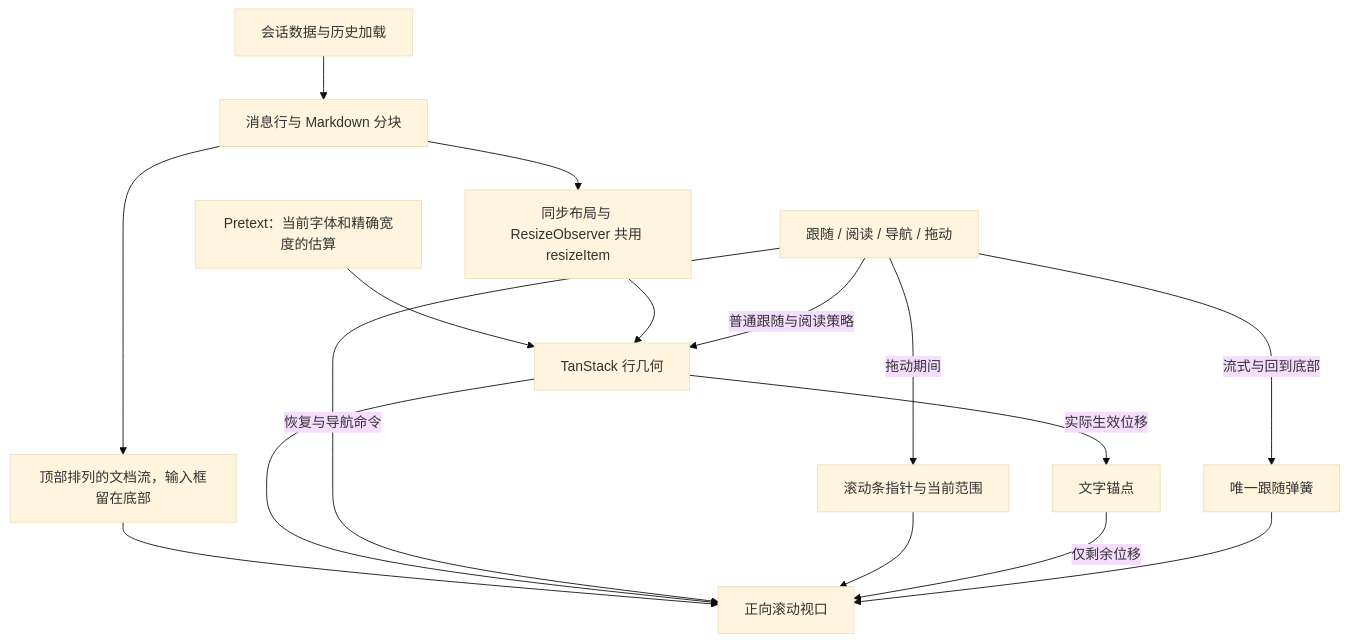
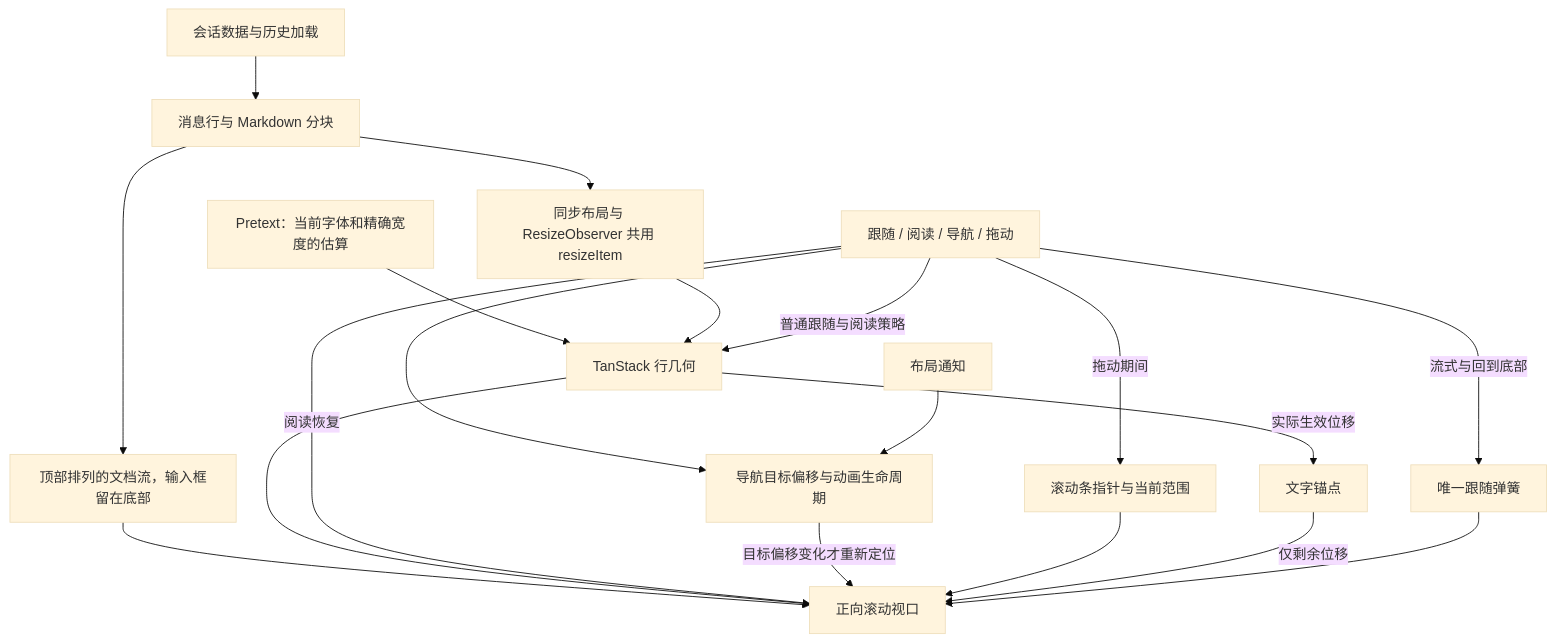
Before and after one commit to wecode-ai/Wegent: the diagram in docs/zh/wegent/developer-guide/wework-message-scroll.md, drawn with Mermaid (base theme). The commit also changed other lines of this file and 6 other files, not shown here.

````diff
--- a/docs/zh/wegent/developer-guide/wework-message-scroll.md
+++ b/docs/zh/wegent/developer-guide/wework-message-scroll.md
@@ -9,18 +9,21 @@
 ```mermaid
 flowchart TD
   Messages[会话数据与历史加载] --> Rows[消息行与 Markdown 分块]
   Rows --> Flow[顶部排列的文档流，输入框留在底部]
   Flow --> Viewport
   Pretext[Pretext：当前字体和精确宽度的估算] --> Engine[TanStack 行几何]
   Rows --> Measure[同步布局与 ResizeObserver 共用 resizeItem]
   Measure --> Engine
   Engine --> Viewport[正向滚动视口]
   Controller[跟随 / 阅读 / 导航 / 拖动] -->|普通跟随与阅读策略| Engine
-  Controller -->|恢复与导航命令| Viewport
+  Controller -->|阅读恢复| Viewport
+  Controller --> Navigation[导航目标偏移与动画生命周期]
+  Layout[布局通知] --> Navigation
+  Navigation -->|目标偏移变化才重新定位| Viewport
   Controller -->|流式与回到底部| Spring[唯一跟随弹簧]
   Controller -->|拖动期间| Pointer[滚动条指针与当前范围]
   Pointer --> Viewport
   Engine -->|实际生效位移| TextAnchor[文字锚点]
   TextAnchor -->|仅剩余位移| Viewport
   Spring --> Viewport
 ```
````
